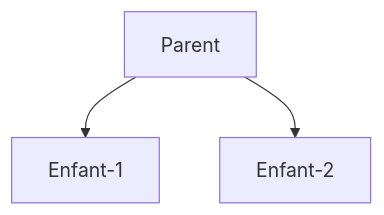
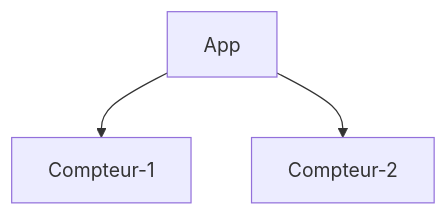
Before and after one commit to gitmcr/gitmcr: the diagram in README.md, drawn with Mermaid.

````diff
--- a/README.md
+++ b/README.md
@@ -1,5 +1,5 @@
 ```mermaid
 graph TD;
-Parent-->Enfant-1;
-Parent-->Enfant-2;
+App-->Compteur-1;
+App-->Compteur-2;
 ```
````
